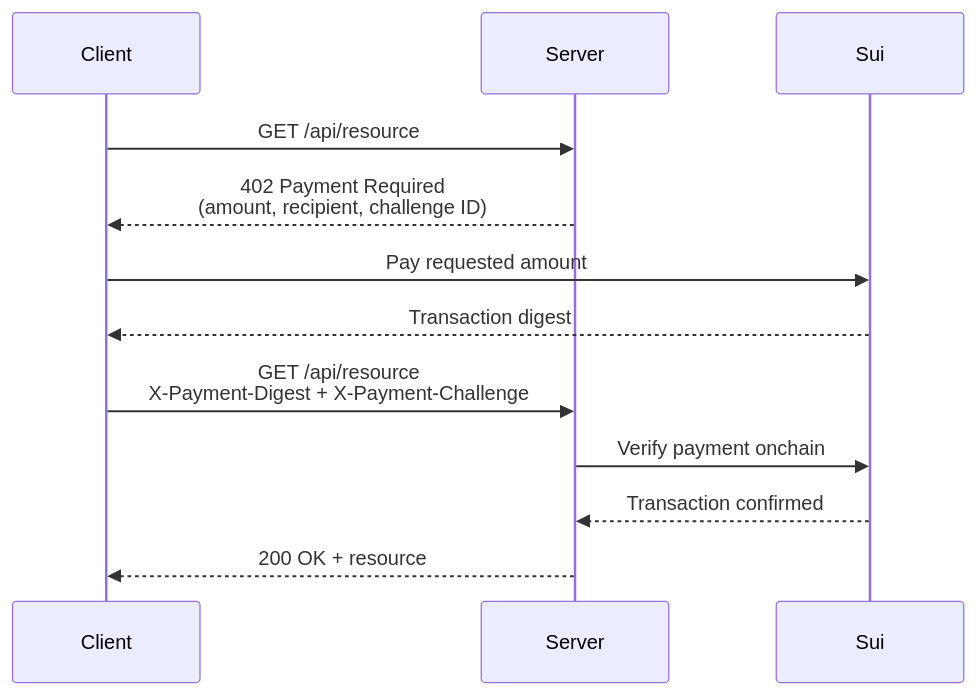
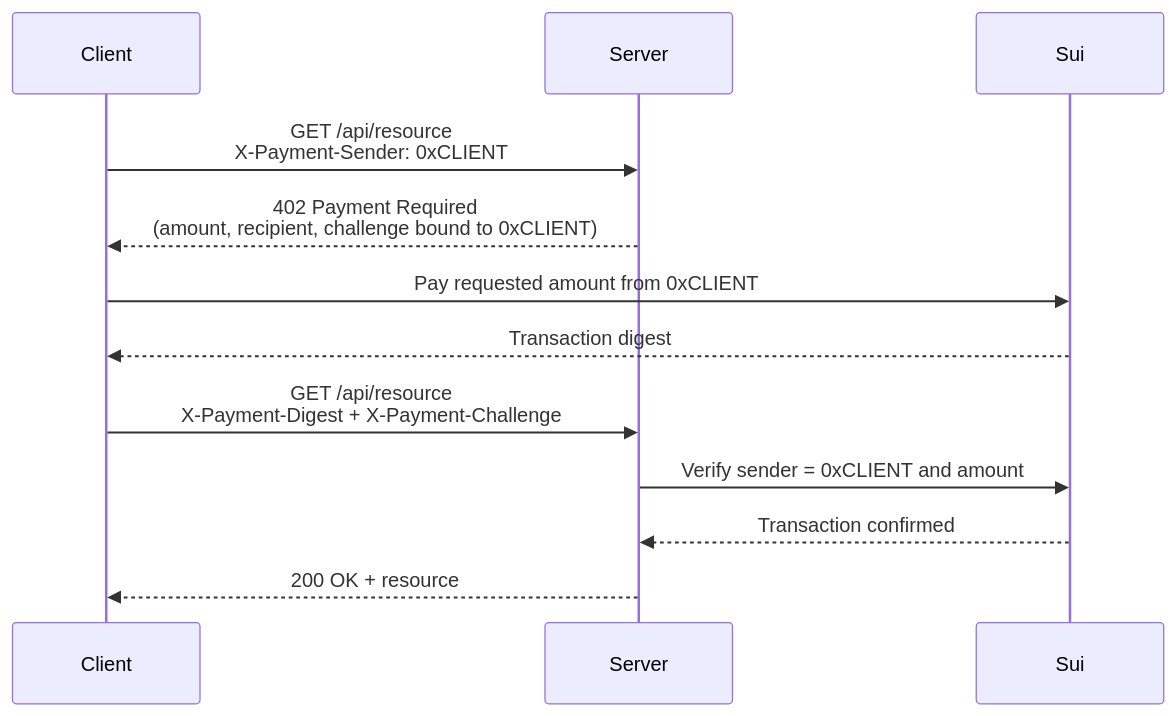
One commit to MystenLabs/sui changed the diagram in docs/content/onchain-finance/x402-pay-per-request.mdx. Above: the diagram before and after it, drawn with Mermaid. The commit also changed other lines of this file and 3 other files, not shown here.

First line of the commit message:
docs: bind x402 challenge to sender address and fix funding-wallets

````diff
--- a/docs/content/onchain-finance/x402-pay-per-request.mdx
+++ b/docs/content/onchain-finance/x402-pay-per-request.mdx
@@ -52,15 +52,15 @@
 ```mermaid
 sequenceDiagram
     participant Client
     participant Server
     participant Sui
 
-    Client->>Server: GET /api/resource
-    Server-->>Client: 402 Payment Required<br/>(amount, recipient, challenge ID)
-    Client->>Sui: Pay requested amount
+    Client->>Server: GET /api/resource<br/>X-Payment-Sender: 0xCLIENT
+    Server-->>Client: 402 Payment Required<br/>(amount, recipient, challenge bound to 0xCLIENT)
+    Client->>Sui: Pay requested amount from 0xCLIENT
     Sui-->>Client: Transaction digest
     Client->>Server: GET /api/resource<br/>X-Payment-Digest + X-Payment-Challenge
-    Server->>Sui: Verify payment onchain
+    Server->>Sui: Verify sender = 0xCLIENT and amount
     Sui-->>Server: Transaction confirmed
     Server-->>Client: 200 OK + resource
 ```
````
